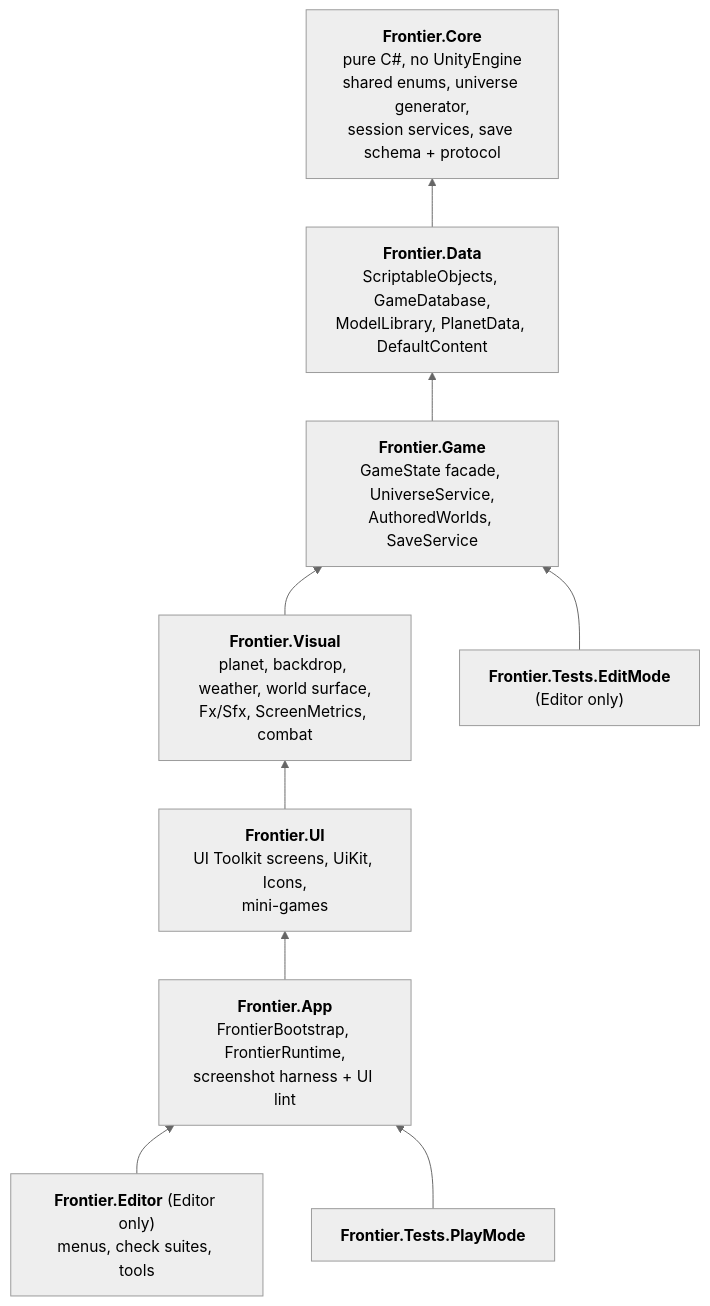
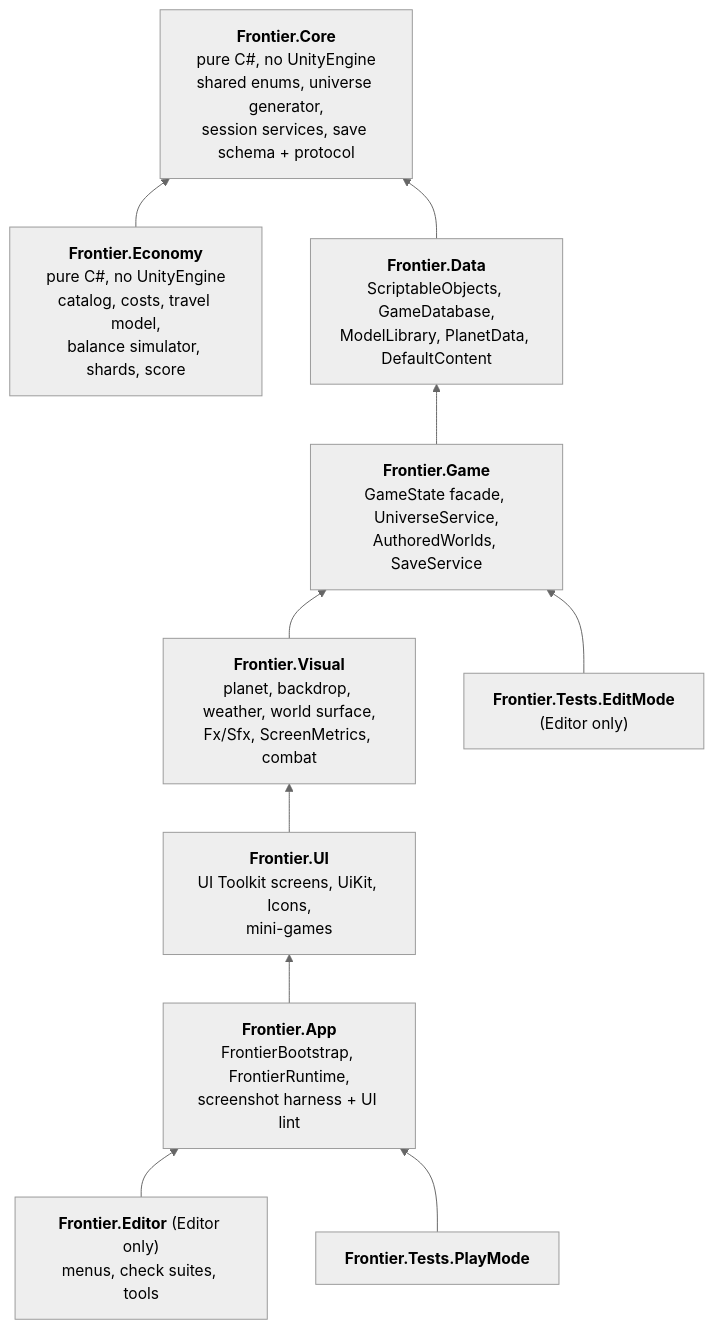
Before and after one commit to 20cameronw/spheerRepo: the diagram in docs/ARCHITECTURE.md, drawn with Mermaid (neutral theme). The commit also changed other lines of this file and 59 other files, not shown here.

````diff
--- a/docs/ARCHITECTURE.md
+++ b/docs/ARCHITECTURE.md
@@ -8,20 +8,22 @@
 ```mermaid
 flowchart BT
   Core["<b>Frontier.Core</b><br/>pure C#, no UnityEngine<br/>shared enums, universe generator,<br/>session services, save schema + protocol"]
+  Economy["<b>Frontier.Economy</b><br/>pure C#, no UnityEngine<br/>catalog, costs, travel model,<br/>balance simulator, shards, score"]
   Data["<b>Frontier.Data</b><br/>ScriptableObjects, GameDatabase,<br/>ModelLibrary, PlanetData, DefaultContent"]
   Game["<b>Frontier.Game</b><br/>GameState facade, UniverseService,<br/>AuthoredWorlds, SaveService"]
   Visual["<b>Frontier.Visual</b><br/>planet, backdrop, weather, world surface,<br/>Fx/Sfx, ScreenMetrics, combat"]
   UI["<b>Frontier.UI</b><br/>UI Toolkit screens, UiKit, Icons,<br/>mini-games"]
   App["<b>Frontier.App</b><br/>FrontierBootstrap, FrontierRuntime,<br/>screenshot harness + UI lint"]
   Editor["<b>Frontier.Editor</b> (Editor only)<br/>menus, check suites, tools"]
   TE["<b>Frontier.Tests.EditMode</b><br/>(Editor only)"]
   TP["<b>Frontier.Tests.PlayMode</b>"]
+  Economy --> Core
   Data --> Core
   Game --> Data
   Visual --> Game
   UI --> Visual
   App --> UI
   Editor --> App
   TE --> Game
   TP --> App
 ```
````
